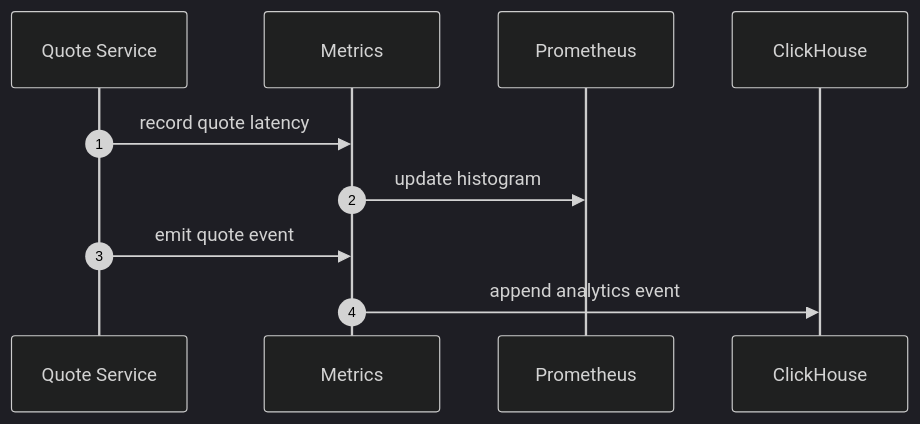
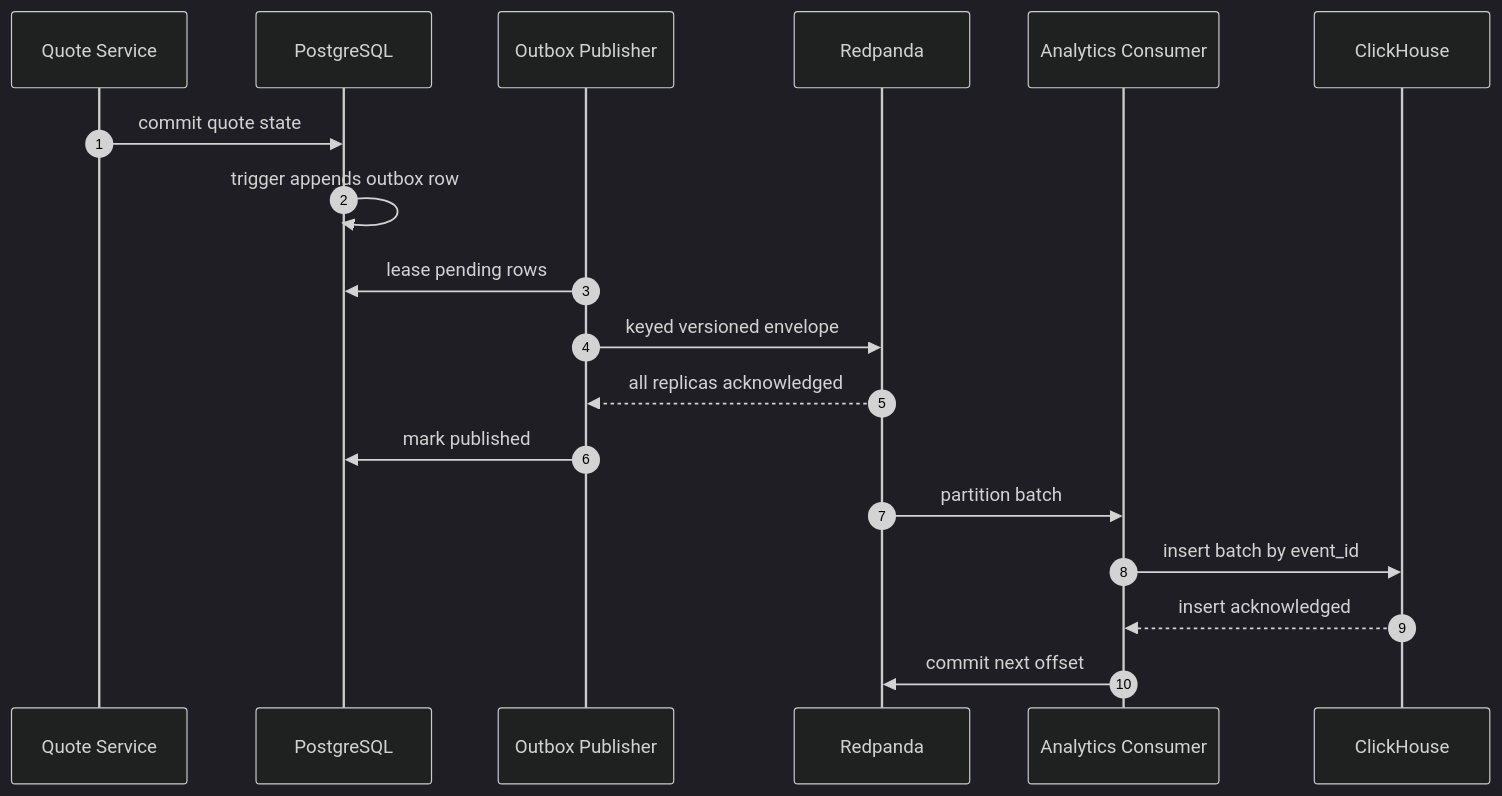
The second of 3 diagrams in book/Volume5-BackendEngineering/Chapter08-Metrics-Service.md (alvis-ai/production-grade-web3-rfq-market-maker), drawn with Mermaid (dark theme) before and after one commit. The commit also changed other lines of this file and 55 other files, not shown here.

````diff
--- a/book/Volume5-BackendEngineering/Chapter08-Metrics-Service.md
+++ b/book/Volume5-BackendEngineering/Chapter08-Metrics-Service.md
@@ -73,13 +81,21 @@
 ```mermaid
 sequenceDiagram
   autonumber
   participant Q as Quote Service
-  participant M as Metrics
-  participant P as Prometheus
+  participant P as PostgreSQL
+  participant O as Outbox Publisher
+  participant K as Redpanda
+  participant A as Analytics Consumer
   participant C as ClickHouse
 
-  Q->>M: record quote latency
-  M->>P: update histogram
-  Q->>M: emit quote event
-  M->>C: append analytics event
+  Q->>P: commit quote state
+  P->>P: trigger appends outbox row
+  O->>P: lease pending rows
+  O->>K: keyed versioned envelope
+  K-->>O: all replicas acknowledged
+  O->>P: mark published
+  K->>A: partition batch
+  A->>C: insert batch by event_id
+  C-->>A: insert acknowledged
+  A->>K: commit next offset
 ```
````
